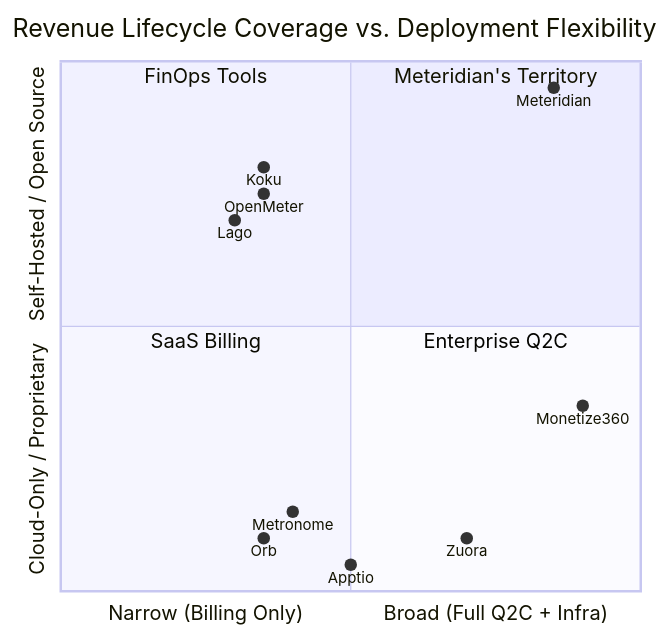
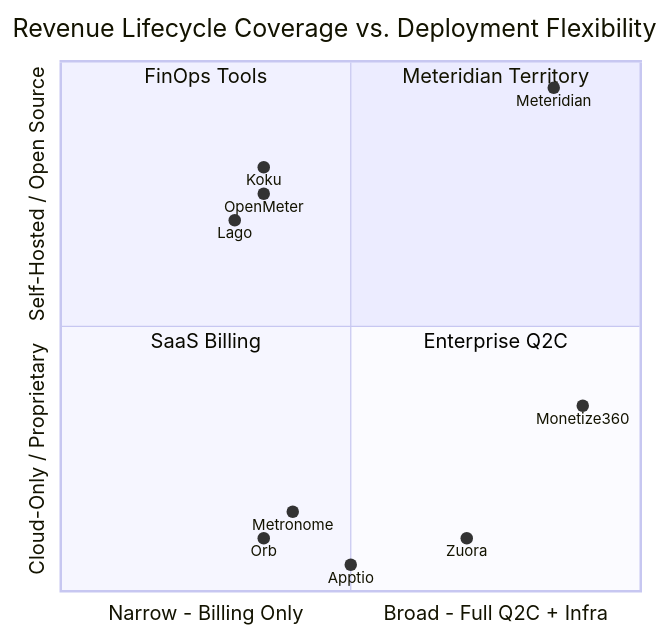
One commit to meteridian/enhancements changed the third of 5 diagrams in docs/competitive/competitive-phases.md. Above: the diagram before and after it, drawn with Mermaid. The commit also changed other lines of this file, not shown here.

First line of the commit message:
Fix Mermaid diagrams: replace unsupported block-beta with graph LR

````diff
--- a/docs/competitive/competitive-phases.md
+++ b/docs/competitive/competitive-phases.md
@@ -272,19 +267,19 @@
 ```mermaid
 quadrantChart
     title Revenue Lifecycle Coverage vs. Deployment Flexibility
-    x-axis "Narrow (Billing Only)" --> "Broad (Full Q2C + Infra)"
+    x-axis "Narrow - Billing Only" --> "Broad - Full Q2C + Infra"
     y-axis "Cloud-Only / Proprietary" --> "Self-Hosted / Open Source"
-    quadrant-1 "Meteridian's Territory"
+    quadrant-1 "Meteridian Territory"
     quadrant-2 "FinOps Tools"
     quadrant-3 "SaaS Billing"
     quadrant-4 "Enterprise Q2C"
     Meteridian: [0.85, 0.95]
     Koku: [0.35, 0.80]
     OpenMeter: [0.35, 0.75]
     Lago: [0.30, 0.70]
     Monetize360: [0.90, 0.35]
     Metronome: [0.40, 0.15]
     Orb: [0.35, 0.10]
     Zuora: [0.70, 0.10]
     Apptio: [0.50, 0.05]
 ```
````
